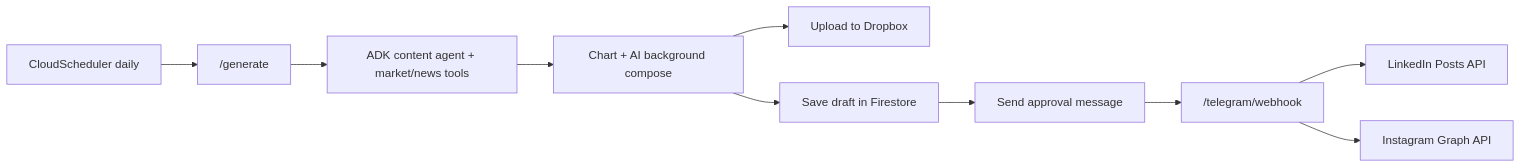
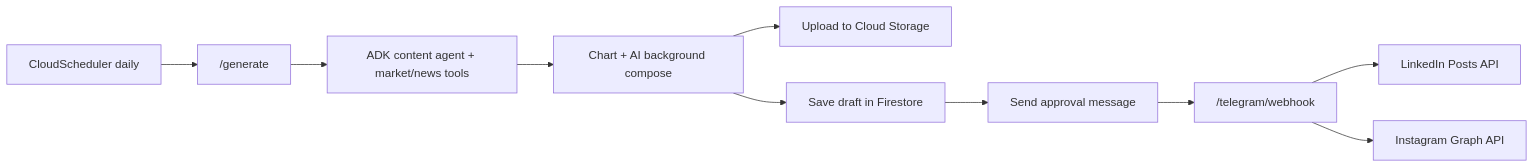
Before and after one commit to abirjameel/stock-market-social-agent: the diagram in README.md, drawn with Mermaid. The commit also changed other lines of this file and 12 other files, not shown here.

Commit message:
dropbox removed and gcs store included for saving post images

````diff
--- a/README.md
+++ b/README.md
@@ -13,12 +13,12 @@
 ```mermaid
 flowchart LR
     Scheduler[CloudScheduler daily] --> Generate["/generate"]
     Generate --> ADK[ADK content agent + market/news tools]
     ADK --> Image[Chart + AI background compose]
-    Image --> Dropbox[Upload to Dropbox]
+    Image --> GCS[Upload to Cloud Storage]
     Image --> Draft[Save draft in Firestore]
     Draft --> Telegram[Send approval message]
     Telegram --> Webhook["/telegram/webhook"]
     Webhook --> LinkedIn[LinkedIn Posts API]
     Webhook --> Instagram[Instagram Graph API]
 ```
````
